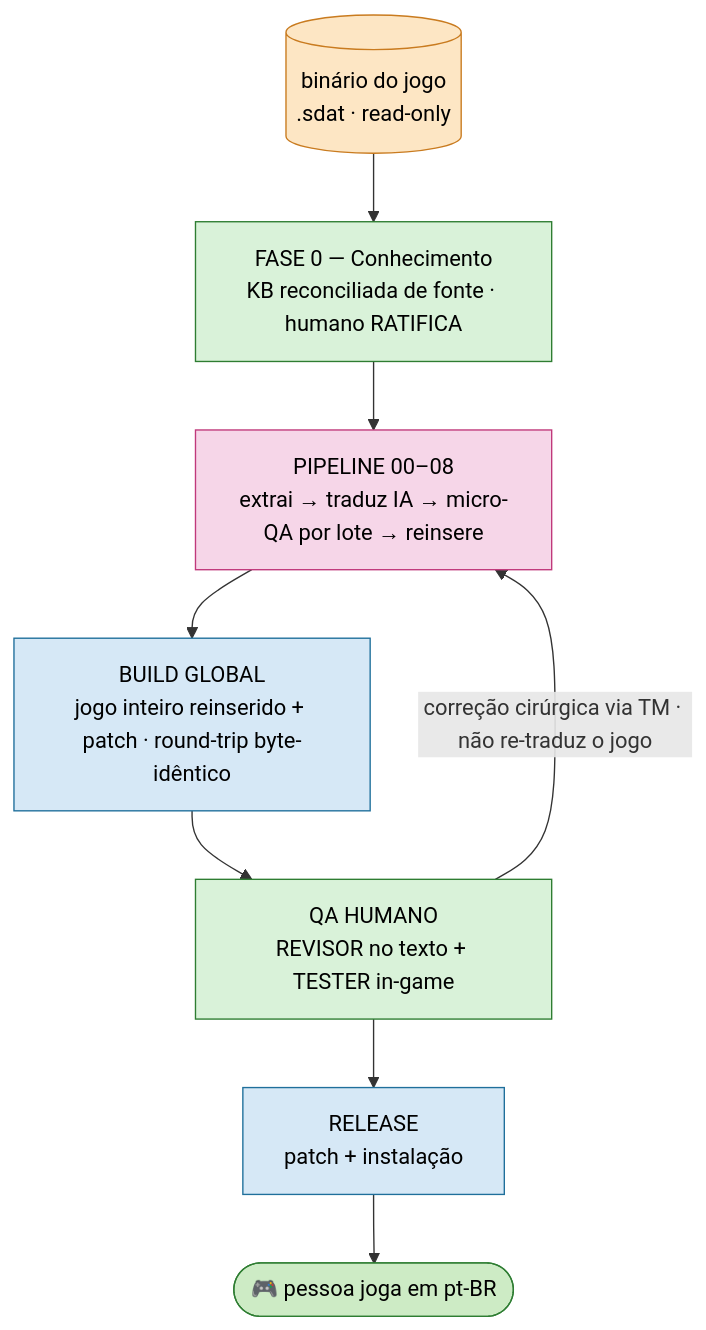
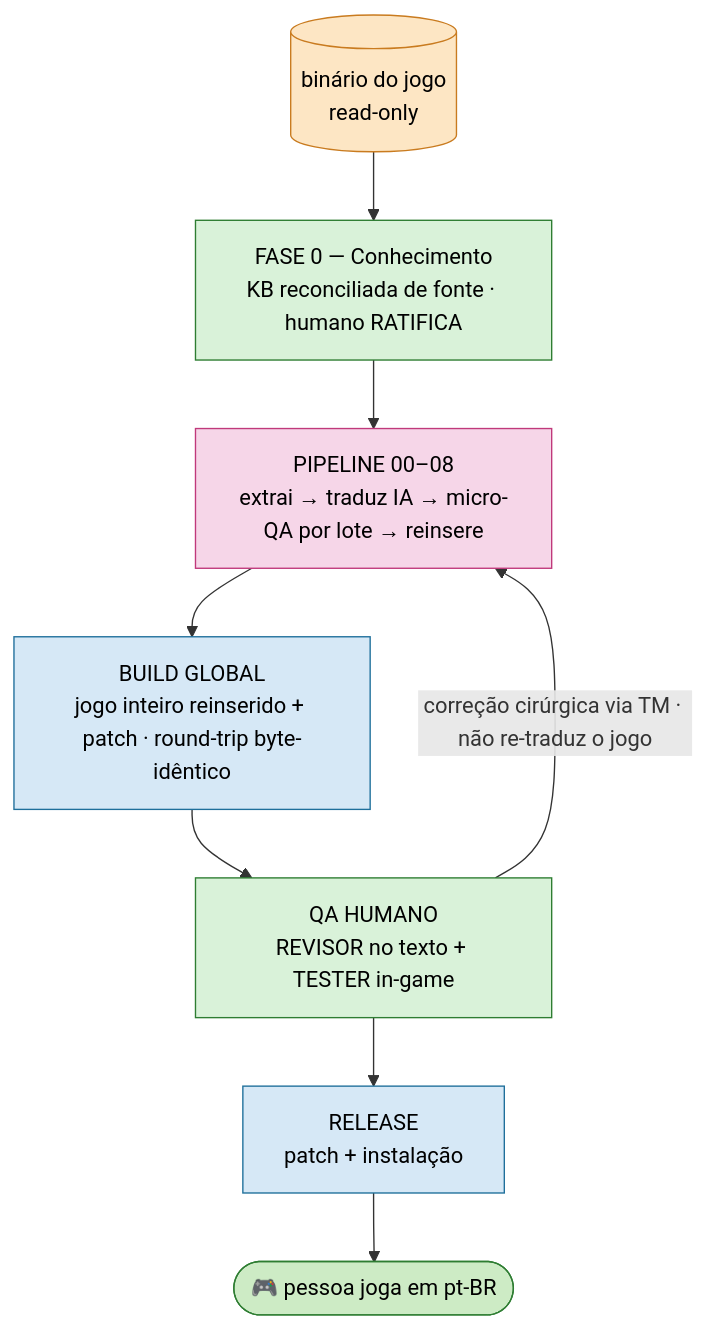
The fifth of 5 diagrams in README.md (scudellerlemos/translation-cognition-framework), drawn with Mermaid before and after one commit. The commit also changed other lines of this file and 7 other files, not shown here.

First line of the commit message:
docs: reestrutura roadmaps, atualiza READMEs e adiciona pre_task gate

````diff
--- a/README.md
+++ b/README.md
@@ -253,16 +260,16 @@
 ```mermaid
 flowchart TB
-  bin[("binário do jogo<br/>.sdat · read-only")]:::sta
+  bin[("binário do jogo<br/>read-only")]:::sta
   bin --> f0["FASE 0 — Conhecimento<br/>KB reconciliada de fonte · humano RATIFICA"]:::val
   f0 --> pipe["PIPELINE 00–08<br/>extrai → traduz IA → micro-QA por lote → reinsere"]:::cog
   pipe --> build["BUILD GLOBAL<br/>jogo inteiro reinserido + patch · round-trip byte-idêntico"]:::exe
   build --> qa["QA HUMANO<br/>REVISOR no texto + TESTER in-game"]:::val
   qa -->|"correção cirúrgica via TM · não re-traduz o jogo"| pipe
   qa --> rel["RELEASE<br/>patch + instalação"]:::exe
   rel --> play(["🎮 pessoa joga em pt-BR"]):::good
   classDef cog fill:#f6d6e8,stroke:#c0397b,color:#000;
   classDef sta fill:#fde6c4,stroke:#c97b1f,color:#000;
   classDef exe fill:#d6e8f6,stroke:#1f6f9b,color:#000;
   classDef val fill:#d9f2d9,stroke:#2e7d32,color:#000;
   classDef good fill:#cdebc5,stroke:#2e7d32,color:#000;
 ```
````
